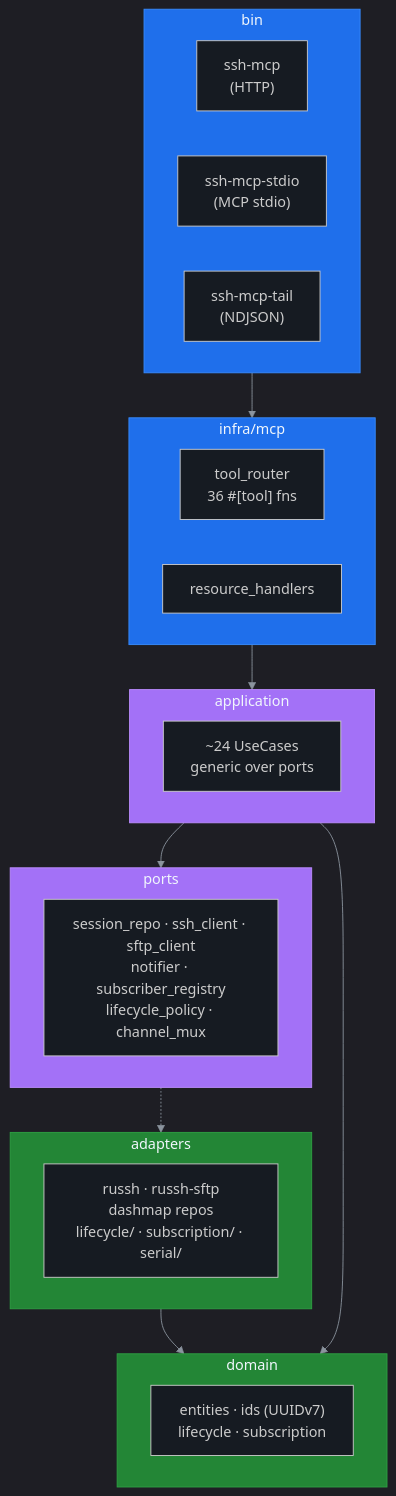
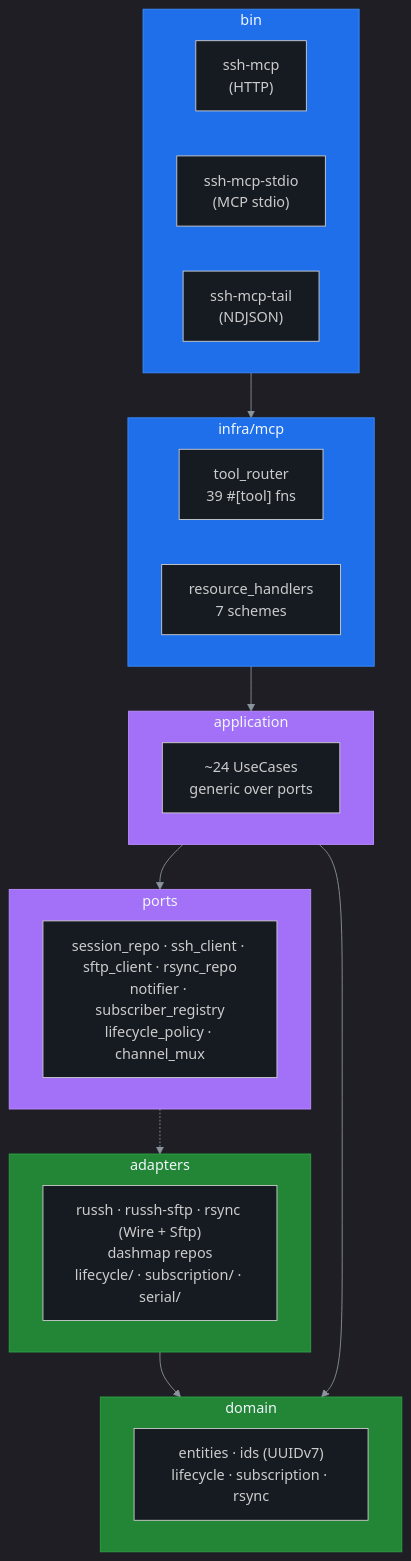
The second of 2 diagrams in README.md (farchanjo/ssh-mcp), drawn with Mermaid before and after one commit. The commit also changed other lines of this file, not shown here.

````diff
--- a/README.md
+++ b/README.md
@@ -164,36 +214,36 @@
 ```mermaid
 %%{init: {'theme':'dark','themeVariables':{'primaryColor':'#1f6feb','primaryTextColor':'#f0f6fc','primaryBorderColor':'#388bfd','lineColor':'#8b949e','background':'#0d1117','mainBkg':'#161b22','clusterBkg':'#161b22','clusterBorder':'#30363d'}}}%%
 flowchart TB
     subgraph BIN["bin"]
         HTTP["ssh-mcp<br/>(HTTP)"]
         STDIO["ssh-mcp-stdio<br/>(MCP stdio)"]
         TAIL["ssh-mcp-tail<br/>(NDJSON)"]
     end
     subgraph INFRA["infra/mcp"]
-        TR["tool_router<br/>36 #[tool] fns"]
-        RES["resource_handlers"]
+        TR["tool_router<br/>39 #[tool] fns"]
+        RES["resource_handlers<br/>7 schemes"]
     end
     subgraph APP["application"]
         UC["~24 UseCases<br/>generic over ports"]
     end
     subgraph PORTS["ports"]
-        P["session_repo · ssh_client · sftp_client<br/>notifier · subscriber_registry<br/>lifecycle_policy · channel_mux"]
+        P["session_repo · ssh_client · sftp_client · rsync_repo<br/>notifier · subscriber_registry<br/>lifecycle_policy · channel_mux"]
     end
     subgraph ADAPT["adapters"]
-        A["russh · russh-sftp<br/>dashmap repos<br/>lifecycle/ · subscription/ · serial/"]
+        A["russh · russh-sftp · rsync (Wire + Sftp)<br/>dashmap repos<br/>lifecycle/ · subscription/ · serial/"]
     end
     subgraph DOM["domain"]
-        D["entities · ids (UUIDv7)<br/>lifecycle · subscription"]
+        D["entities · ids (UUIDv7)<br/>lifecycle · subscription · rsync"]
     end
 
     BIN --> INFRA --> APP --> PORTS
     PORTS -.-> ADAPT --> DOM
     APP --> DOM
 
     classDef l fill:#1f6feb,color:#f0f6fc,stroke:#388bfd
     classDef m fill:#a371f7,color:#f0f6fc,stroke:#bc8cff
     classDef g fill:#238636,color:#f0f6fc,stroke:#2ea043
     class BIN,INFRA l
     class APP,PORTS m
     class ADAPT,DOM g
 ```
````
